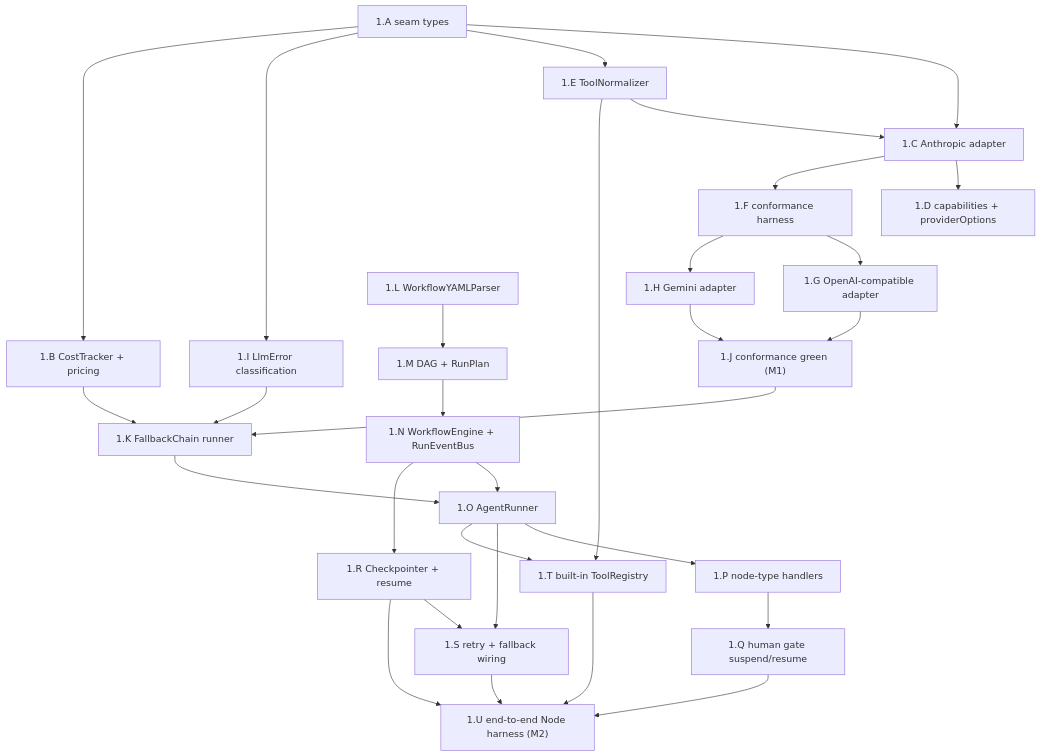
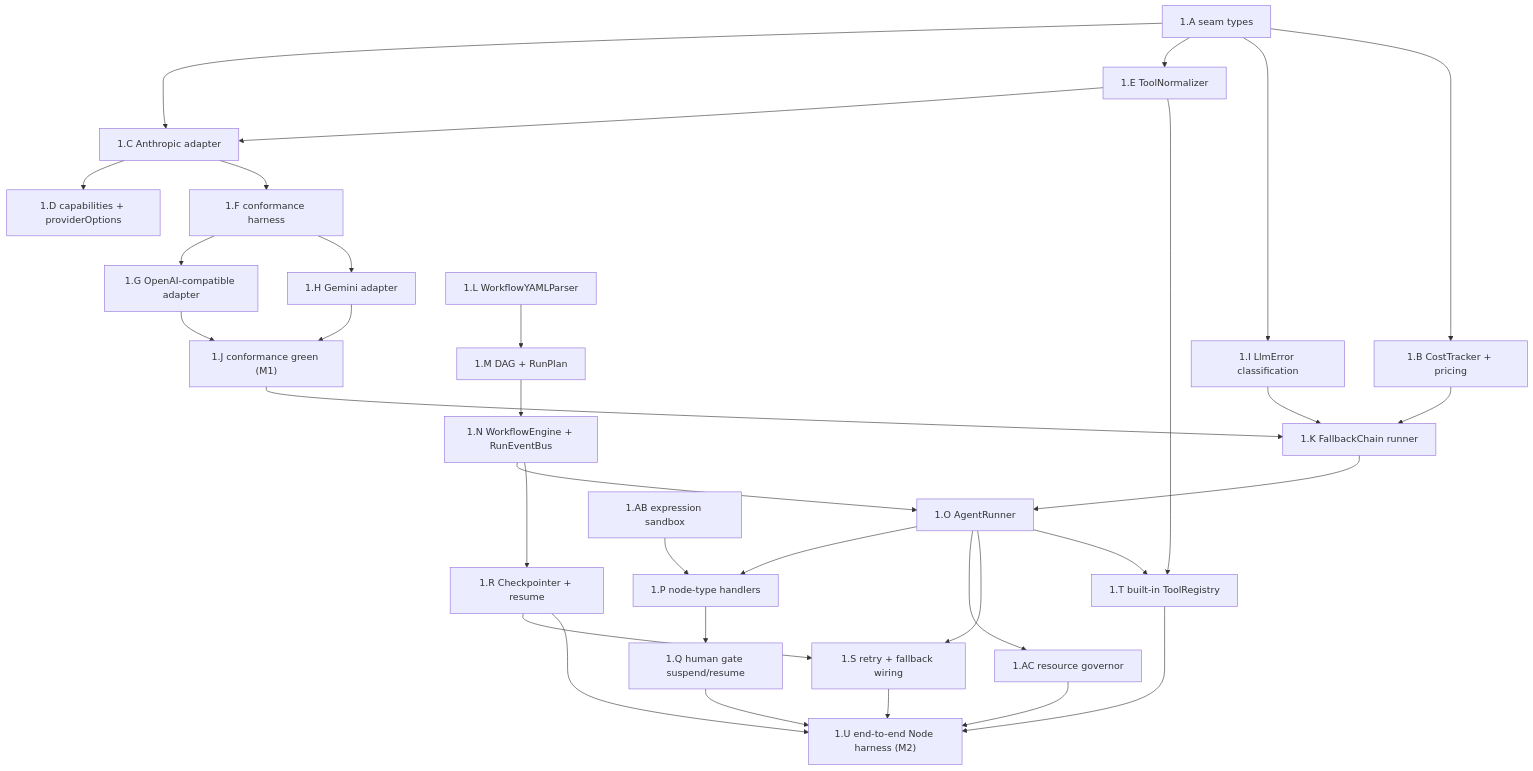
Before and after one commit to HodeTech/Relavium: the first of 2 diagrams in docs/roadmap/phases/phase-1-engine-and-llm.md, drawn with Mermaid. The commit also changed other lines of this file and 6 other files, not shown here.

First line of the commit message:
docs(roadmap): pivot + hardening workstreams; phase-3 renumber; fix M1/M2 spine inversion

````diff
--- a/docs/roadmap/phases/phase-1-engine-and-llm.md
+++ b/docs/roadmap/phases/phase-1-engine-and-llm.md
@@ -109,32 +109,35 @@
 ```mermaid
 flowchart TB
     A["1.A seam types"] --> C["1.C Anthropic adapter"]
     C --> D["1.D capabilities + providerOptions"]
     C --> F["1.F conformance harness"]
     F --> G["1.G OpenAI-compatible adapter"]
     F --> H["1.H Gemini adapter"]
     A --> E["1.E ToolNormalizer"]
     E --> C
     G --> J["1.J conformance green (M1)"]
     H --> J
     A --> I["1.I LlmError classification"]
     I --> K["1.K FallbackChain runner"]
     J --> K
     A --> CT["1.B CostTracker + pricing"]
     CT --> K
     L["1.L WorkflowYAMLParser"] --> M["1.M DAG + RunPlan"]
     M --> N["1.N WorkflowEngine + RunEventBus"]
     N --> O["1.O AgentRunner"]
     K --> O
     O --> P["1.P node-type handlers"]
+    AB["1.AB expression sandbox"] --> P
+    O --> AC["1.AC resource governor"]
+    AC --> U
     P --> Q["1.Q human gate suspend/resume"]
     N --> R["1.R Checkpointer + resume"]
     O --> S["1.S retry + fallback wiring"]
     R --> S
     E --> T["1.T built-in ToolRegistry"]
     O --> T
     S --> U["1.U end-to-end Node harness (M2)"]
     Q --> U
     R --> U
     T --> U
 ```
````
